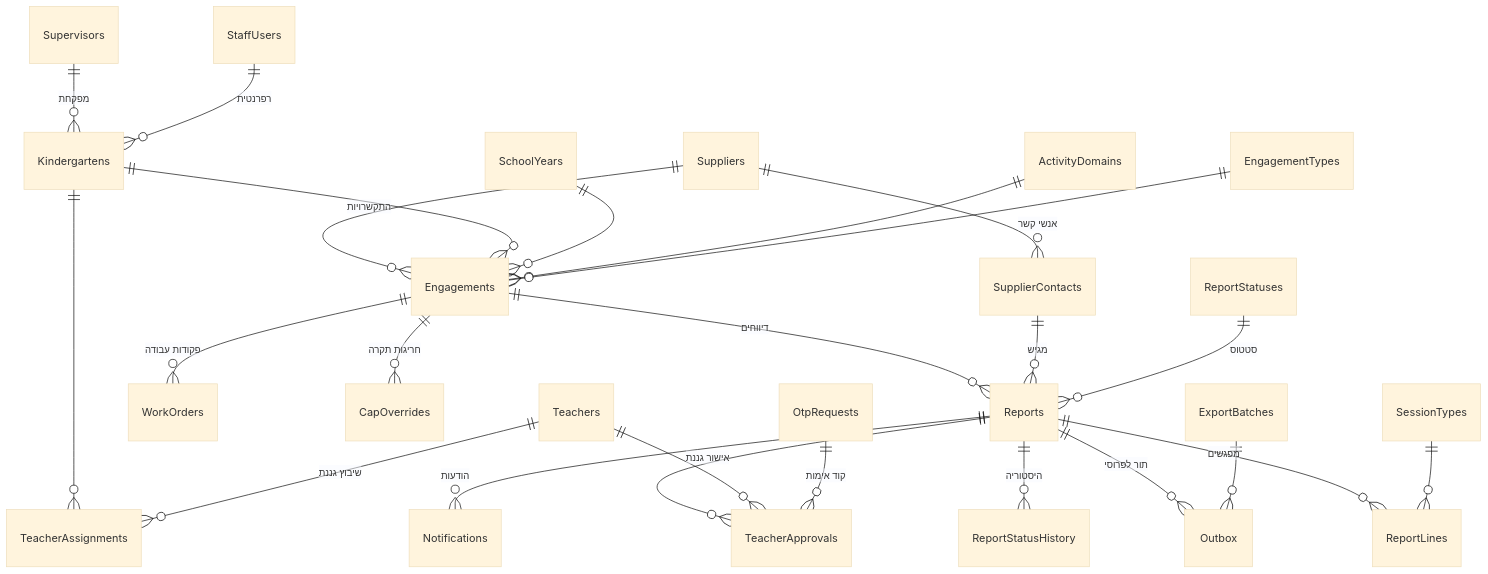
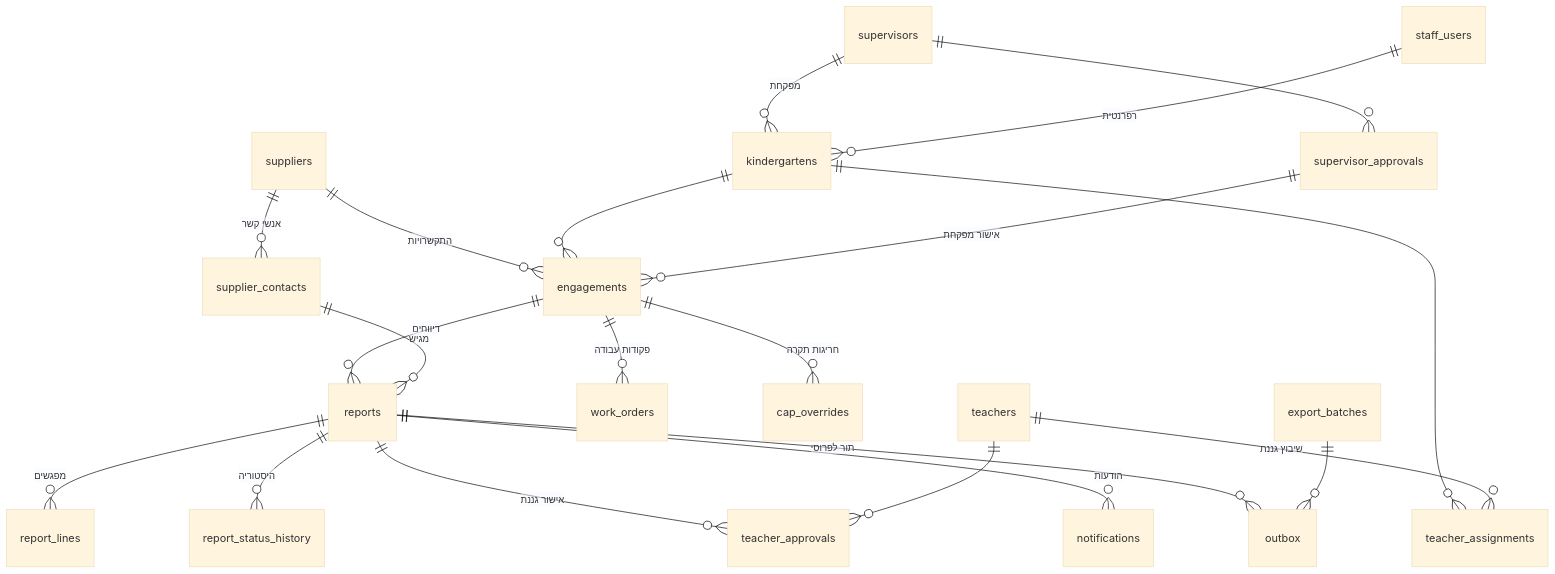
The diagram in database/README.md (limudaim885-arch/ariel-kindergarten-reporting), drawn with Mermaid (base theme) before and after one commit. The commit also changed other lines of this file and 16 other files, not shown here.

````diff
--- a/database/README.md
+++ b/database/README.md
@@ -42,27 +43,23 @@
 ```mermaid
 erDiagram
-    Suppliers ||--o{ SupplierContacts : "אנשי קשר"
-    Suppliers ||--o{ Engagements : "התקשרויות"
-    Kindergartens ||--o{ Engagements : ""
-    SchoolYears ||--o{ Engagements : ""
-    ActivityDomains ||--o{ Engagements : ""
-    EngagementTypes ||--o{ Engagements : ""
-    Supervisors ||--o{ Kindergartens : "מפקחת"
-    StaffUsers ||--o{ Kindergartens : "רפרנטית"
-    Kindergartens ||--o{ TeacherAssignments : ""
-    Teachers ||--o{ TeacherAssignments : "שיבוץ גננת"
-    Engagements ||--o{ WorkOrders : "פקודות עבודה"
-    Engagements ||--o{ CapOverrides : "חריגות תקרה"
-    Engagements ||--o{ Reports : "דיווחים"
-    SupplierContacts ||--o{ Reports : "מגיש"
-    ReportStatuses ||--o{ Reports : "סטטוס"
-    Reports ||--o{ ReportLines : "מפגשים"
-    SessionTypes ||--o{ ReportLines : ""
-    Reports ||--o{ ReportStatusHistory : "היסטוריה"
-    Reports ||--o{ TeacherApprovals : "אישור גננת"
-    Teachers ||--o{ TeacherApprovals : ""
-    OtpRequests ||--o{ TeacherApprovals : "קוד אימות"
-    Reports ||--o{ Notifications : "הודעות"
-    Reports ||--o{ Outbox : "תור לפרוסי"
-    ExportBatches ||--o{ Outbox : ""
+    suppliers ||--o{ supplier_contacts : "אנשי קשר"
+    suppliers ||--o{ engagements : "התקשרויות"
+    kindergartens ||--o{ engagements : ""
+    supervisors ||--o{ kindergartens : "מפקחת"
+    staff_users ||--o{ kindergartens : "רפרנטית"
+    supervisors ||--o{ supervisor_approvals : ""
+    supervisor_approvals ||--o{ engagements : "אישור מפקחת"
+    kindergartens ||--o{ teacher_assignments : ""
+    teachers ||--o{ teacher_assignments : "שיבוץ גננת"
+    engagements ||--o{ work_orders : "פקודות עבודה"
+    engagements ||--o{ cap_overrides : "חריגות תקרה"
+    engagements ||--o{ reports : "דיווחים"
+    supplier_contacts ||--o{ reports : "מגיש"
+    reports ||--o{ report_lines : "מפגשים"
+    reports ||--o{ report_status_history : "היסטוריה"
+    reports ||--o{ teacher_approvals : "אישור גננת"
+    teachers ||--o{ teacher_approvals : ""
+    reports ||--o{ notifications : "הודעות"
+    reports ||--o{ outbox : "תור לפרוסי"
+    export_batches ||--o{ outbox : ""
 ```
````
